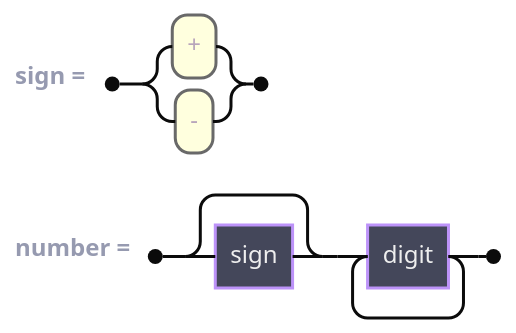
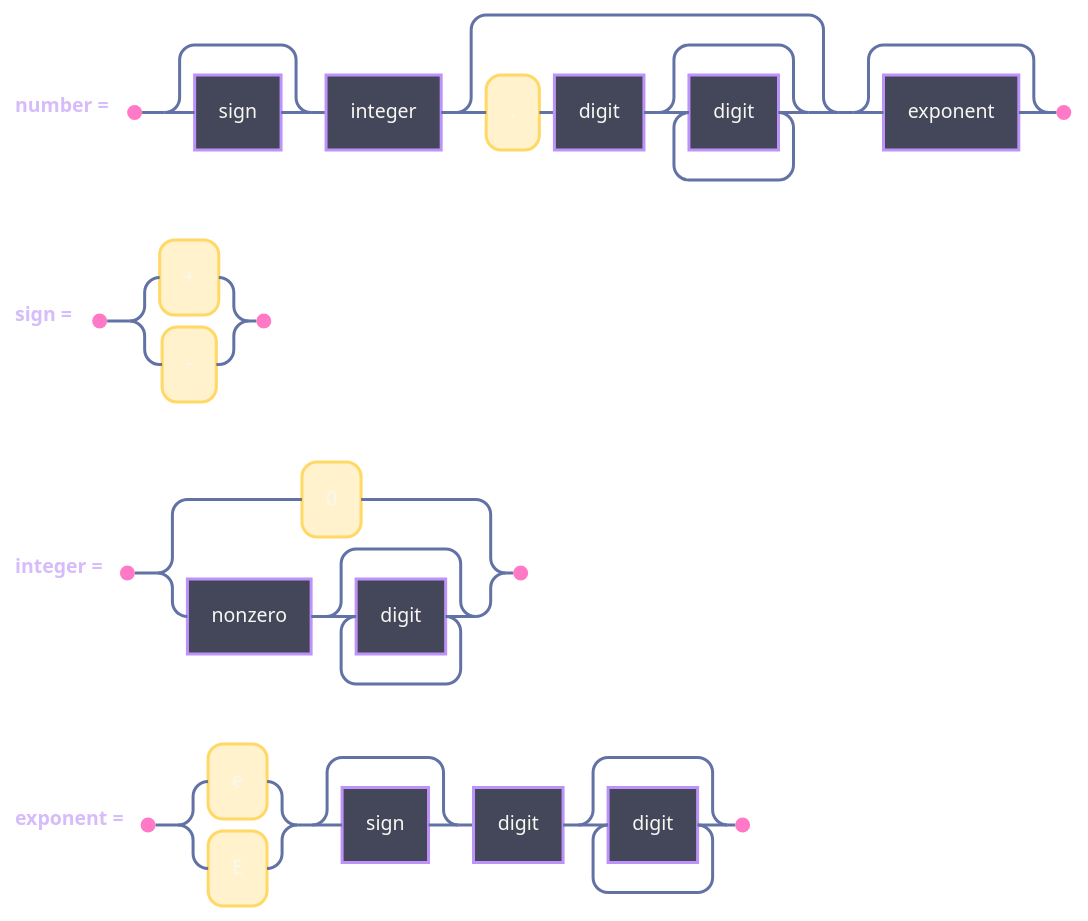
Diagram 20 of 25 in .claude/skills/mermaid-diagramming/references/syntax-extended.md (bsamiee/Rasm), drawn with Mermaid before and after one commit. The commit also changed other lines of this file and 56 other files, not shown here.

````diff
--- a/.claude/skills/mermaid-diagramming/references/syntax-extended.md
+++ b/.claude/skills/mermaid-diagramming/references/syntax-extended.md
@@ -609,22 +1042,42 @@
 ```mermaid
 ---
 config:
   theme: base
   look: classic
+  railroad:
+    fontSize: 13
+    fontFamily: "SF Mono, Menlo, Cascadia Mono, Consolas, monospace"
+    strokeWidth: 2
+    padding: 16
+    lineColor: "#6272A4"
+    markerFill: "#FF79C6"
+    markerRadius: 4
+    terminalFill: "#FFD86654"
+    terminalStroke: "#FFD866"
+    terminalTextColor: "#F8F8F2"
+    nonTerminalFill: "#44475A"
+    nonTerminalStroke: "#BD93F9"
+    nonTerminalTextColor: "#F8F8F2"
+    ruleNameColor: "#D6BCFA"
+    specialFill: "#21222C"
+    specialStroke: "#6272A4"
+    commentFill: "#21222C"
+    commentStroke: "#6272A4"
+    commentTextColor: "#F8F8F2"
   themeVariables:
     darkMode: true
     fontFamily: "SF Mono, Menlo, Cascadia Mono, Segoe UI Mono, Consolas, monospace"
     useGradient: false
     dropShadow: "none"
     textColor: "#F8F8F2"
-    primaryColor: "#44475A"
-    primaryBorderColor: "#BD93F9"
 ---
 railroad-ebnf-beta
-accTitle: Grammar demo
-accDescr: A signed number production over an optional sign rule.
-title "Optional Sign"
+accTitle: Numeric literal grammar
+accDescr: A signed decimal number production with fraction and exponent over sign, integer, and exponent rules.
+title "Numeric Literal"
 
+number = [ sign ] integer [ "." digit { digit } ] [ exponent ] ;
 sign = "+" | "-" ;
-number = sign? digit+ ;
+integer = "0" | nonzero { digit } ;
+exponent = ( "e" | "E" ) [ sign ] digit { digit } ;
 ```
````
